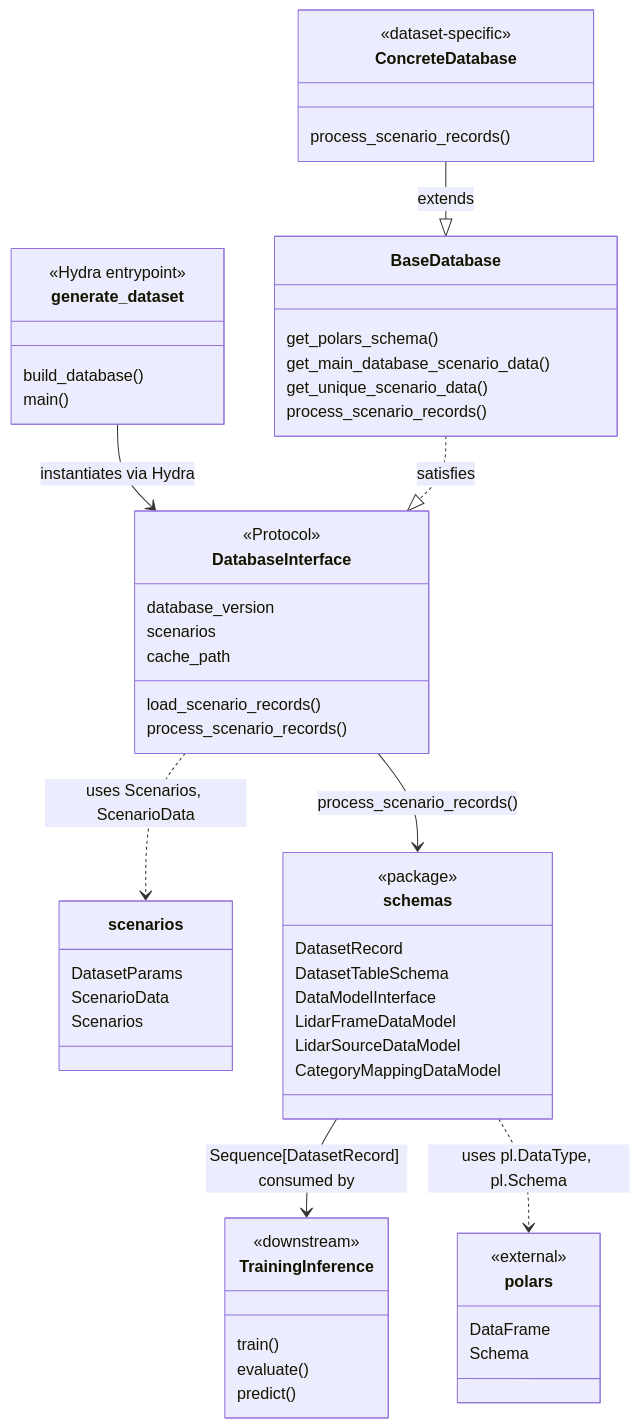
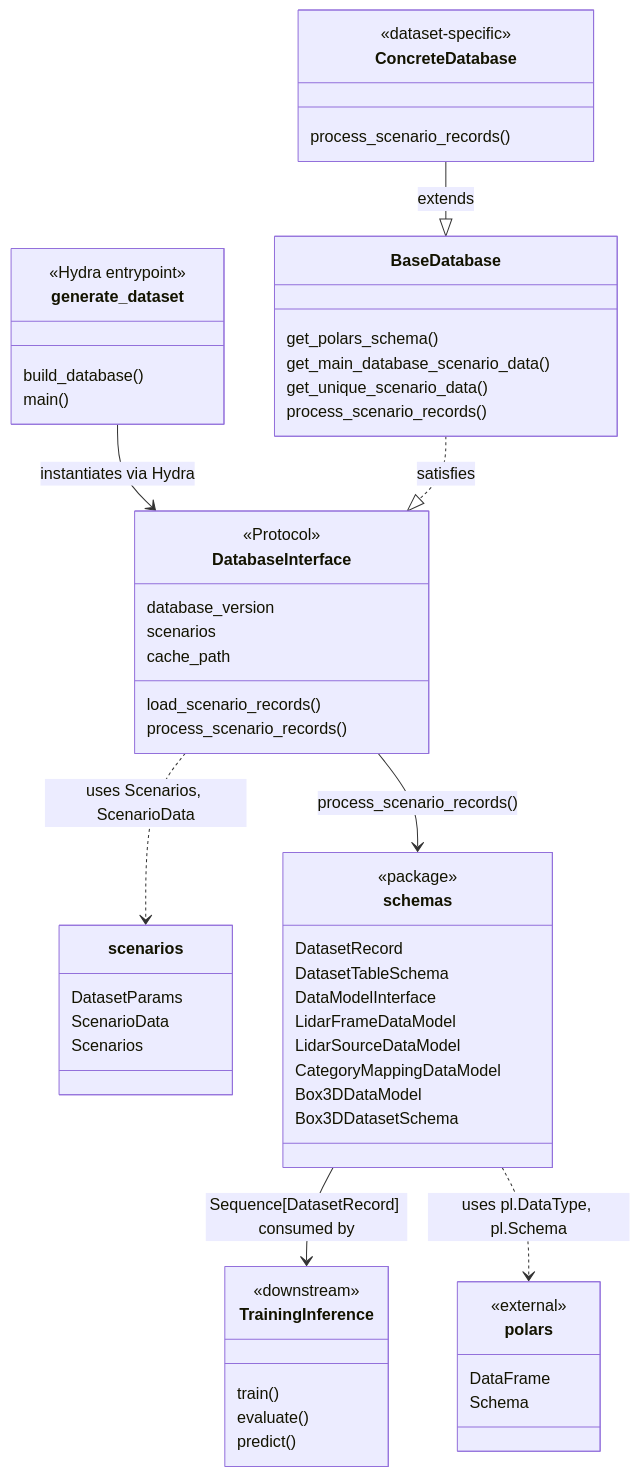
One commit to tier4/autoware-ml changed the diagram in docs/databases/design.md. Above: the diagram before and after it, drawn with Mermaid. The commit also changed other lines of this file and 31 other files, not shown here.

````diff
--- a/docs/databases/design.md
+++ b/docs/databases/design.md
@@ -11,72 +11,74 @@
 ```mermaid
 classDiagram
     direction TB
 
     class generate_dataset {
         <<Hydra entrypoint>>
         build_database()
         main()
     }
 
     class DatabaseInterface {
         <<Protocol>>
         database_version
         scenarios
         cache_path
         load_scenario_records()
         process_scenario_records()
     }
 
     class BaseDatabase {
         get_polars_schema()
         get_main_database_scenario_data()
         get_unique_scenario_data()
         process_scenario_records()
     }
 
     class scenarios {
         DatasetParams
         ScenarioData
         Scenarios
     }
 
     class schemas {
         <<package>>
         DatasetRecord
         DatasetTableSchema
         DataModelInterface
         LidarFrameDataModel
         LidarSourceDataModel
         CategoryMappingDataModel
+        Box3DDataModel
+        Box3DDatasetSchema
     }
 
     class polars {
         <<external>>
         DataFrame
         Schema
     }
 
     class ConcreteDatabase {
         <<dataset-specific>>
         process_scenario_records()
     }
 
     class TrainingInference {
         <<downstream>>
         train()
         evaluate()
         predict()
     }
 
     generate_dataset --> DatabaseInterface : instantiates via Hydra
 
     DatabaseInterface ..> scenarios : uses Scenarios, ScenarioData
     DatabaseInterface --> schemas : process_scenario_records()
 
     BaseDatabase ..|> DatabaseInterface : satisfies
     ConcreteDatabase --|> BaseDatabase : extends
 
     schemas --> TrainingInference : Sequence[DatasetRecord] consumed by
 
     schemas ..> polars : uses pl.DataType, pl.Schema
 ```
````
